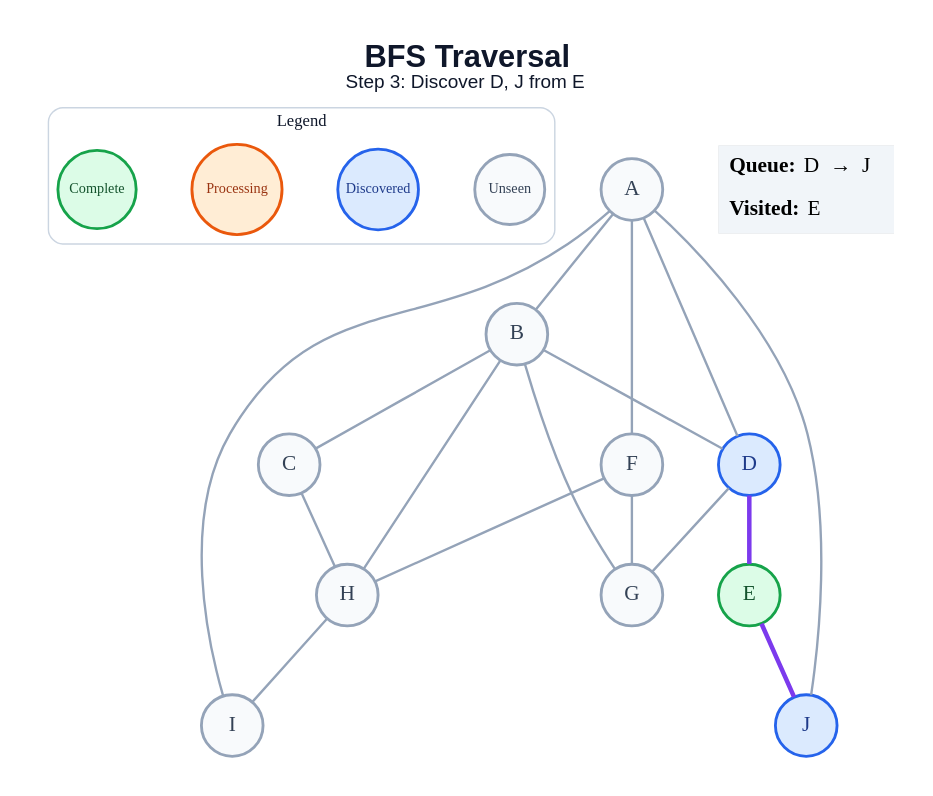
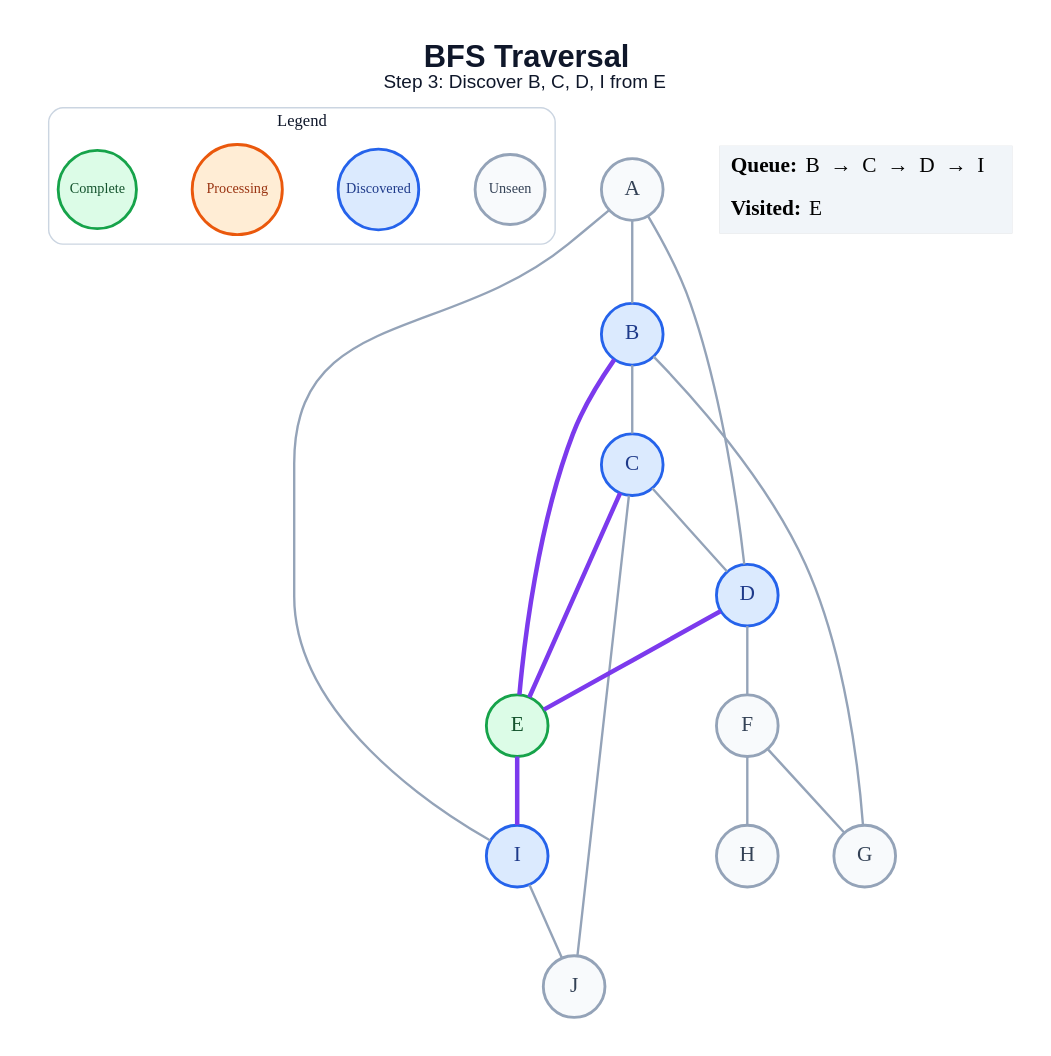
Before and after one commit to anon7238593-create/ai-slop: the diagram in generated/specific-node/bfs/step_03.dot, drawn with Graphviz. The commit also changed 171 other files, not shown here.

```diff
--- a/generated/specific-node/bfs/step_03.dot
+++ b/generated/specific-node/bfs/step_03.dot
@@ -1,45 +1,44 @@
 graph traversal {
   graph [layout=dot, rankdir=TB, bgcolor="#FFFFFF", pad="0.35", nodesep="0.65", ranksep="0.8", fontname="Arial"];
   node [shape=circle, style="filled", fontname="Arial Bold", fontsize=18, width=0.72, fixedsize=true, penwidth=2.4];
   edge [color="#94A3B8", penwidth=2.0];
-  label=<<B>BFS Traversal</B><BR/><FONT POINT-SIZE="16">Step 3: Discover D, J from E</FONT>>; labelloc="t"; fontsize=26; fontname="Arial"; fontcolor="#0F172A";
+  label=<<B>BFS Traversal</B><BR/><FONT POINT-SIZE="16">Step 3: Discover B, C, D, I from E</FONT>>; labelloc="t"; fontsize=26; fontname="Arial"; fontcolor="#0F172A";
   subgraph cluster_legend { label="Legend"; color="#CBD5E1"; penwidth=1.2; style="rounded"; fontsize=14; fontname="Arial Bold";
     key_unseen [label="Unseen", fillcolor="#F8FAFC", color="#94A3B8", fontcolor="#334155", fontsize=12, width=0.82];
     key_frontier [label="Discovered", fillcolor="#DBEAFE", color="#2563EB", fontcolor="#1E3A8A", fontsize=12, width=0.95];
     key_current [label="Processing", fillcolor="#FFEDD5", color="#EA580C", fontcolor="#9A3412", fontsize=12, width=1.05];
     key_done [label="Complete", fillcolor="#DCFCE7", color="#16A34A", fontcolor="#14532D", fontsize=12, width=0.92];
     { rank=same; key_unseen; key_frontier; key_current; key_done; }
   }
   A [fillcolor="#F8FAFC", color="#94A3B8", fontcolor="#334155"];
-  B [fillcolor="#F8FAFC", color="#94A3B8", fontcolor="#334155"];
-  C [fillcolor="#F8FAFC", color="#94A3B8", fontcolor="#334155"];
+  B [fillcolor="#DBEAFE", color="#2563EB", fontcolor="#1E3A8A"];
+  C [fillcolor="#DBEAFE", color="#2563EB", fontcolor="#1E3A8A"];
   D [fillcolor="#DBEAFE", color="#2563EB", fontcolor="#1E3A8A"];
   E [fillcolor="#DCFCE7", color="#16A34A", fontcolor="#14532D"];
   F [fillcolor="#F8FAFC", color="#94A3B8", fontcolor="#334155"];
   G [fillcolor="#F8FAFC", color="#94A3B8", fontcolor="#334155"];
   H [fillcolor="#F8FAFC", color="#94A3B8", fontcolor="#334155"];
-  I [fillcolor="#F8FAFC", color="#94A3B8", fontcolor="#334155"];
-  J [fillcolor="#DBEAFE", color="#2563EB", fontcolor="#1E3A8A"];
+  I [fillcolor="#DBEAFE", color="#2563EB", fontcolor="#1E3A8A"];
+  J [fillcolor="#F8FAFC", color="#94A3B8", fontcolor="#334155"];
   A -- B;
   A -- D;
-  A -- F;
   A -- I;
-  A -- J;
   B -- C;
-  B -- D;
+  B -- E [color="#7C3AED", penwidth=3.8];
   B -- G;
-  B -- H;
-  C -- H;
+  C -- D;
+  C -- E [color="#7C3AED", penwidth=3.8];
+  C -- J;
   D -- E [color="#7C3AED", penwidth=3.8];
-  D -- G;
-  E -- J [color="#7C3AED", penwidth=3.8];
+  D -- F;
+  E -- I [color="#7C3AED", penwidth=3.8];
   F -- G;
   F -- H;
-  H -- I;
+  I -- J;
   status [shape=plain, fixedsize=false, width=0, height=0, margin=0, label=<
     <TABLE BORDER="0" CELLBORDER="0" CELLPADDING="7" BGCOLOR="#F1F5F9">
-      <TR><TD ALIGN="LEFT"><B>Queue:</B> D  →  J</TD></TR>
+      <TR><TD ALIGN="LEFT"><B>Queue:</B> B  →  C  →  D  →  I</TD></TR>
       <TR><TD ALIGN="LEFT"><B>Visited:</B> E</TD></TR>
     </TABLE>
   >];
 }
```
